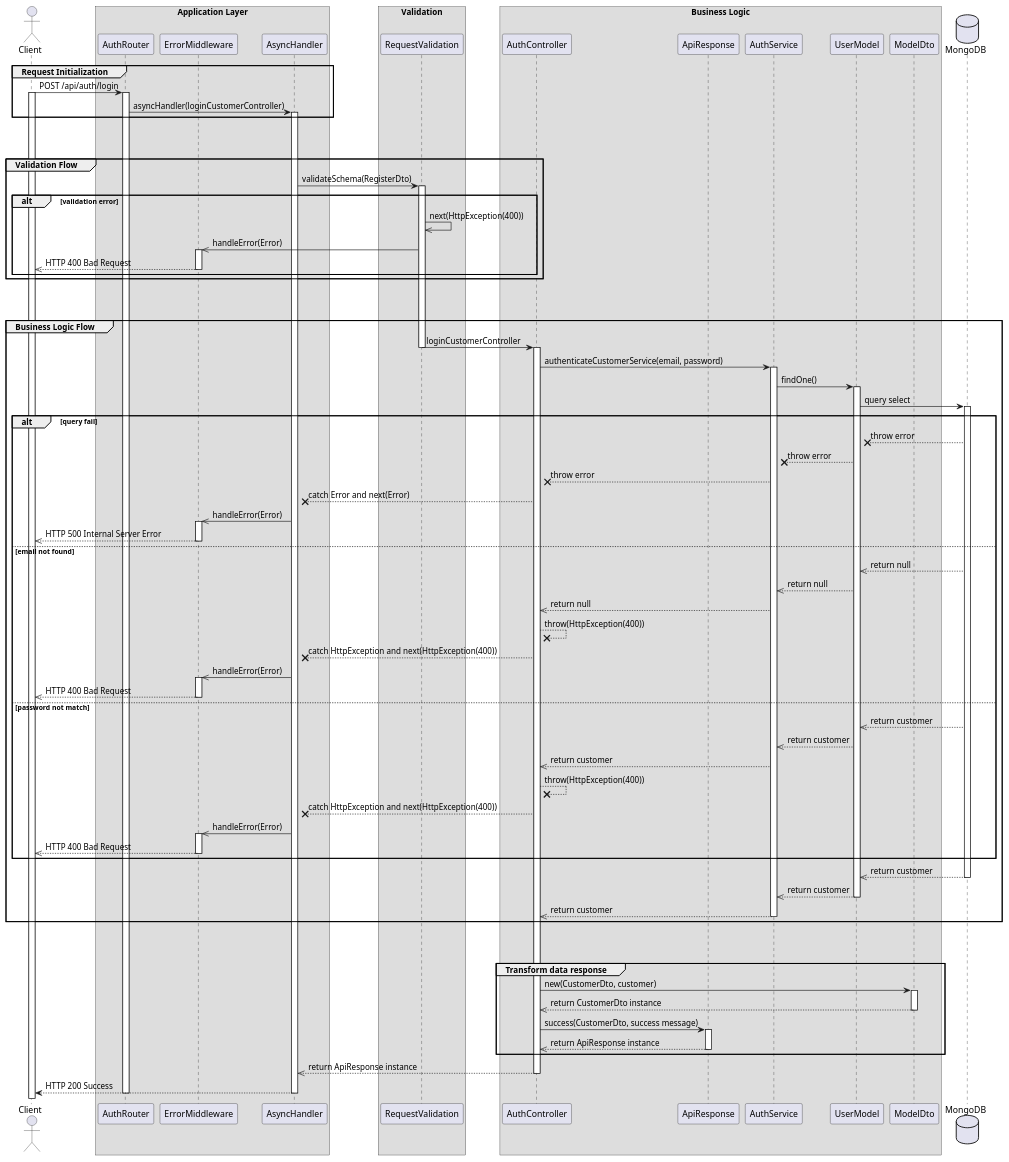
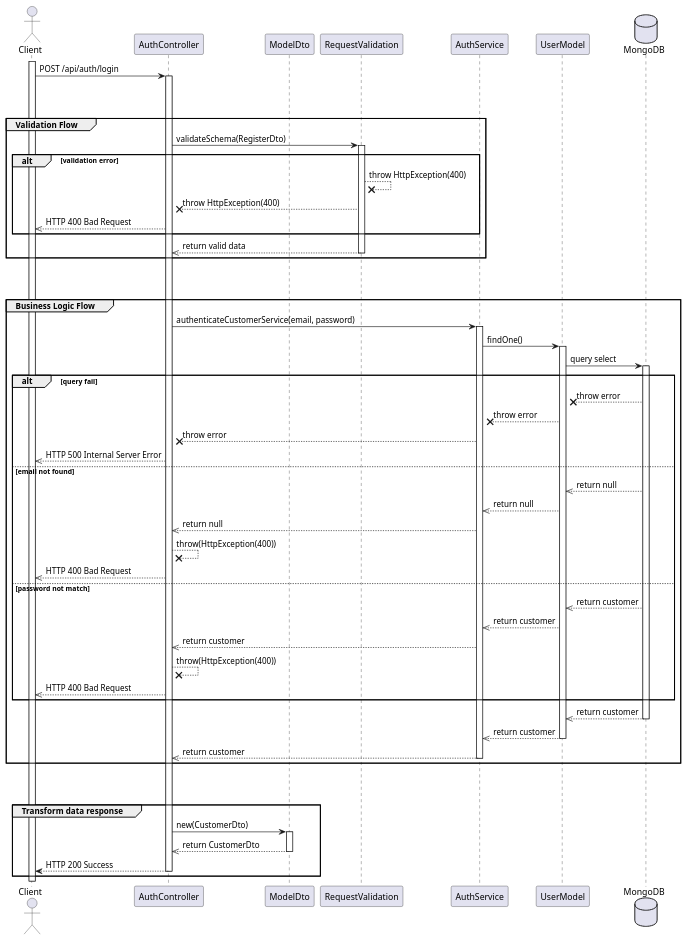
The diagram in docs/sequences/UC04-Login/UC04.1.2-LoginCustomer.wsd (hiusnguyen201/BE_ClothingShop), drawn with PlantUML before and after one commit. The commit also changed 90 other files, not shown here.

```diff
--- a/docs/sequences/UC04-Login/UC04.1.2-LoginCustomer.wsd
+++ b/docs/sequences/UC04-Login/UC04.1.2-LoginCustomer.wsd
@@ -1,128 +1,89 @@
 @startuml Login Customer
 
 actor Client
 
-box "Application Layer"
-participant AuthRouter 
-participant ErrorMiddleware 
-participant AsyncHandler 
-end box
-
-box "Validation"
+participant AuthController
+participant ModelDto
 participant RequestValidation
-end box
-
-box "Business Logic"
-participant AuthController
-participant ApiResponse
 participant AuthService
 participant UserModel
-participant ModelDto
-end box
 
 database MongoDB
 
 ' Step 1
-group Request Initialization
-    Client -> AuthRouter: POST /api/auth/login
     activate Client
-    activate AuthRouter
-    AuthRouter -> AsyncHandler: asyncHandler(loginCustomerController)
-    activate AsyncHandler
-end
+    Client -> AuthController: POST /api/auth/login
+    activate AuthController
 
 break
 break
 
 
 ' Step 2
 group Validation Flow
-    AsyncHandler -> RequestValidation: validateSchema(RegisterDto)
+    AuthController -> RequestValidation: validateSchema(RegisterDto)
     activate RequestValidation
     alt validation error
-        RequestValidation ->> RequestValidation: next(HttpException(400))
-        RequestValidation ->> ErrorMiddleware: handleError(Error)
-        activate ErrorMiddleware
-        ErrorMiddleware -->> Client: HTTP 400 Bad Request
-        deactivate ErrorMiddleware
+        RequestValidation --x RequestValidation: throw HttpException(400)
+        RequestValidation --x AuthController: throw HttpException(400)
+        AuthController -->> Client: HTTP 400 Bad Request
     end
+    RequestValidation -->> AuthController: return valid data
+    deactivate RequestValidation
     
 end
 
 break
 break
 
 
 ' step 3
 group Business Logic Flow
-    RequestValidation -> AuthController: loginCustomerController
-    deactivate RequestValidation
-    activate AuthController
     AuthController -> AuthService: authenticateCustomerService(email, password)
     activate AuthService
     AuthService -> UserModel: findOne()
     activate UserModel
     UserModel -> MongoDB: query select
     activate MongoDB
 
     alt query fail 
         MongoDB --x UserModel: throw error
         UserModel --x AuthService: throw error
         AuthService --x AuthController: throw error
-        AuthController --x AsyncHandler: catch Error and next(Error)
-        AsyncHandler ->> ErrorMiddleware: handleError(Error)
-        activate ErrorMiddleware
-        ErrorMiddleware -->> Client: HTTP 500 Internal Server Error
-        deactivate ErrorMiddleware
+        AuthController -->> Client: HTTP 500 Internal Server Error
     else email not found
         MongoDB -->> UserModel: return null
         UserModel -->> AuthService: return null
         AuthService -->> AuthController: return null
         AuthController --x AuthController: throw(HttpException(400))
-        AuthController --x AsyncHandler: catch HttpException and next(HttpException(400))
-        AsyncHandler ->> ErrorMiddleware: handleError(Error)
-        activate ErrorMiddleware
-        ErrorMiddleware -->> Client: HTTP 400 Bad Request
-        deactivate ErrorMiddleware
+        AuthController -->> Client: HTTP 400 Bad Request
     else password not match
         MongoDB -->> UserModel: return customer
         UserModel -->> AuthService: return customer
         AuthService -->> AuthController: return customer
         AuthController --x AuthController: throw(HttpException(400))
-        AuthController --x AsyncHandler: catch HttpException and next(HttpException(400))
-        AsyncHandler ->> ErrorMiddleware: handleError(Error)
-        activate ErrorMiddleware
-        ErrorMiddleware -->> Client: HTTP 400 Bad Request
-        deactivate ErrorMiddleware
+        AuthController -->> Client: HTTP 400 Bad Request
     end
 
     MongoDB -->> UserModel: return customer
     deactivate MongoDB
     UserModel -->> AuthService: return customer
     deactivate UserModel
     AuthService -->> AuthController: return customer
     deactivate AuthService
     
 end   
 break 
 break
 
 group Transform data response
-    AuthController -> ModelDto: new(CustomerDto, customer)
+    AuthController -> ModelDto: new(CustomerDto)
     activate ModelDto
-    ModelDto -->> AuthController: return CustomerDto instance
+    ModelDto -->> AuthController: return CustomerDto
     deactivate ModelDto
-
-    AuthController -> ApiResponse: success(CustomerDto, success message)
-    activate ApiResponse
-    ApiResponse -->> AuthController: return ApiResponse instance
-    deactivate ApiResponse 
+AuthController --> Client: HTTP 200 Success
+deactivate AuthController
 end
-AuthController -->> AsyncHandler: return ApiResponse instance
-deactivate AuthController
-AsyncHandler --> Client: HTTP 200 Success
-deactivate AsyncHandler
-deactivate AuthRouter
 
 
 @enduml
```
